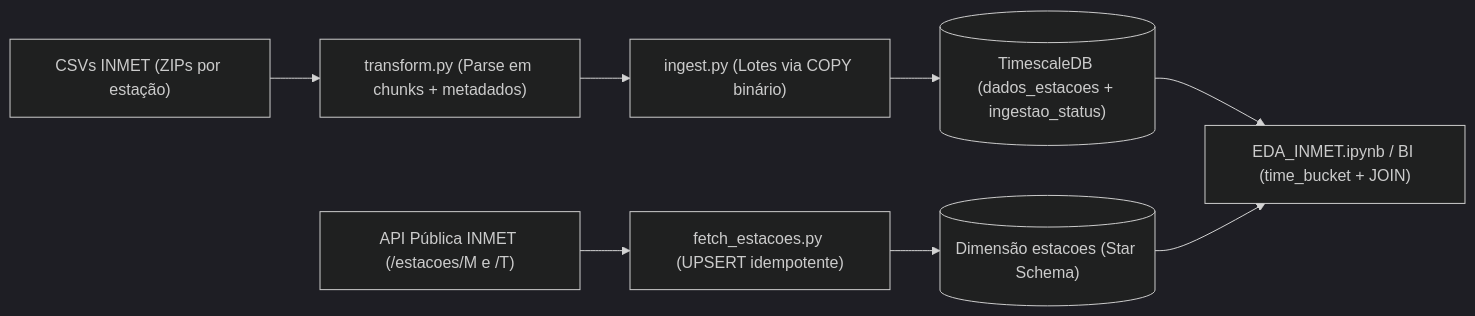
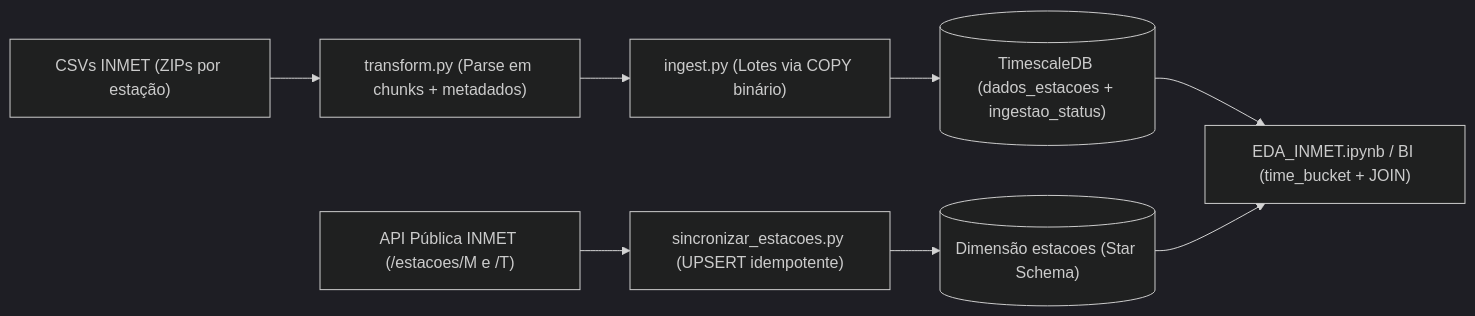
The diagram in README.md (lucasmora/inmet-data-pipeline), drawn with Mermaid (dark theme) before and after one commit. The commit also changed other lines of this file and 6 other files, not shown here.

First line of the commit message:
Troca nome de fetch_estacoes por sincronizar_estacoes

````diff
--- a/README.md
+++ b/README.md
@@ -38,10 +38,10 @@
 ```mermaid
 flowchart LR
     A["CSVs INMET (ZIPs por estação)"] --> B["transform.py (Parse em chunks + metadados)"]
     B --> C["ingest.py (Lotes via COPY binário)"]
     C --> D[("TimescaleDB (dados_estacoes + ingestao_status)")]
-    E["API Pública INMET (/estacoes/M e /T)"] --> F["fetch_estacoes.py (UPSERT idempotente)"]
+    E["API Pública INMET (/estacoes/M e /T)"] --> F["sincronizar_estacoes.py (UPSERT idempotente)"]
     F --> G[("Dimensão estacoes (Star Schema)")]
     D --> H["EDA_INMET.ipynb / BI (time_bucket + JOIN)"]
     G --> H
 ```
````
